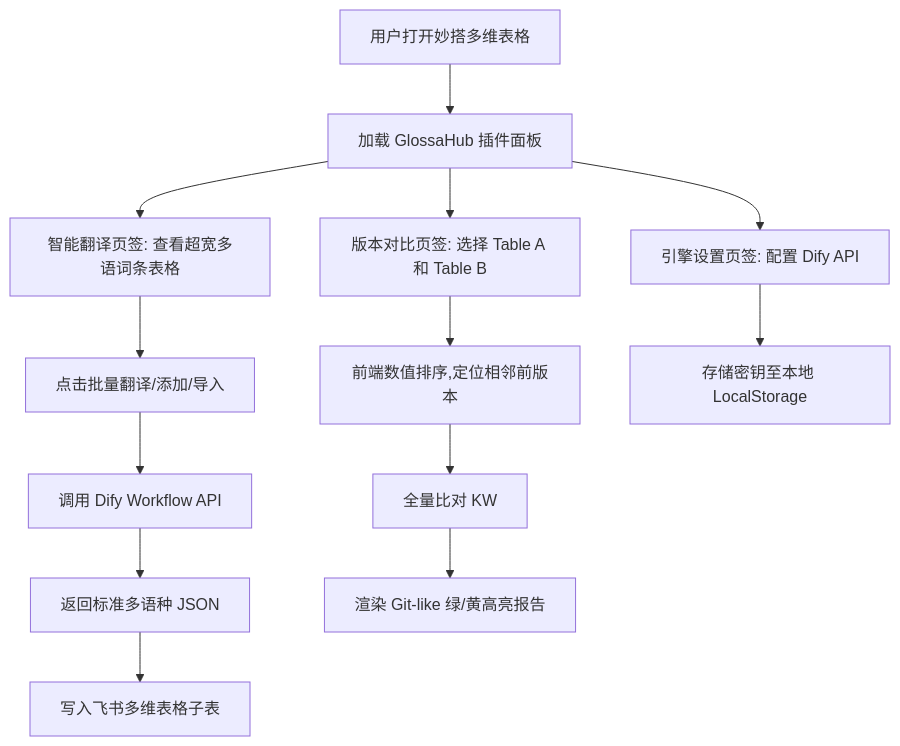
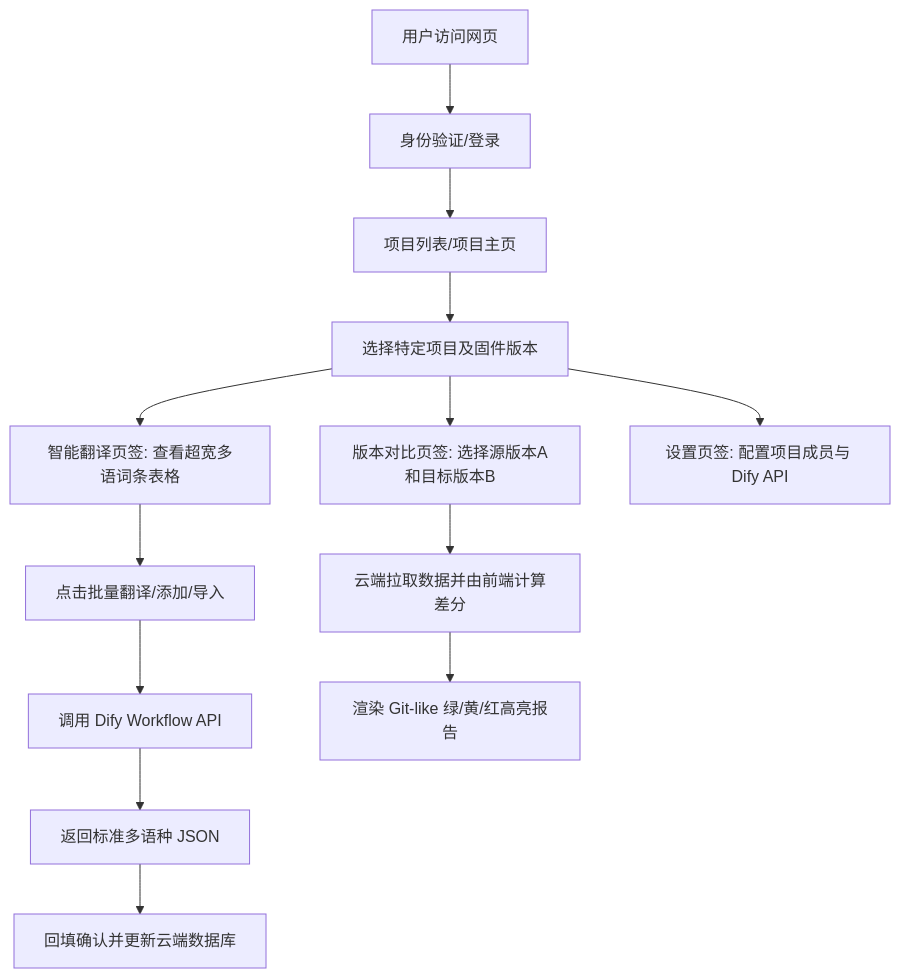
One commit to jiahao89/glossa-hub changed the diagram in design/PRD.md. Above: the diagram before and after it, drawn with Mermaid. The commit also changed other lines of this file and 16 other files, not shown here.

````diff
--- a/design/PRD.md
+++ b/design/PRD.md
@@ -27,15 +29,15 @@
 ```mermaid
 graph TD
-    A[用户打开妙搭多维表格] --> B[加载 GlossaHub 插件面板]
-    B --> C[智能翻译页签: 查看超宽多语词条表格]
-    C --> D[点击批量翻译/添加/导入]
-    D --> D1[调用 Dify Workflow API]
-    D1 --> D2[返回标准多语种 JSON]
-    D2 --> D3[写入飞书多维表格子表]
-    B --> E[版本对比页签: 选择 Table A 和 Table B]
-    E --> E1[前端数值排序,定位相邻前版本]
-    E1 --> E2[全量比对 KW]
-    E2 --> E3[渲染 Git-like 绿/黄高亮报告]
-    B --> F[引擎设置页签: 配置 Dify API]
-    F --> F1[存储密钥至本地 LocalStorage]
+    A[用户访问网页] --> B[身份验证/登录]
+    B --> C[项目列表/项目主页]
+    C --> D[选择特定项目及固件版本]
+    D --> E[智能翻译页签: 查看超宽多语词条表格]
+    E --> F[点击批量翻译/添加/导入]
+    F --> F1[调用 Dify Workflow API]
+    F1 --> F2[返回标准多语种 JSON]
+    F2 --> F3[回填确认并更新云端数据库]
+    D --> G[版本对比页签: 选择源版本A和目标版本B]
+    G --> G1[云端拉取数据并由前端计算差分]
+    G1 --> G2[渲染 Git-like 绿/黄/红高亮报告]
+    D --> H[设置页签: 配置项目成员与 Dify API]
 ```
````
